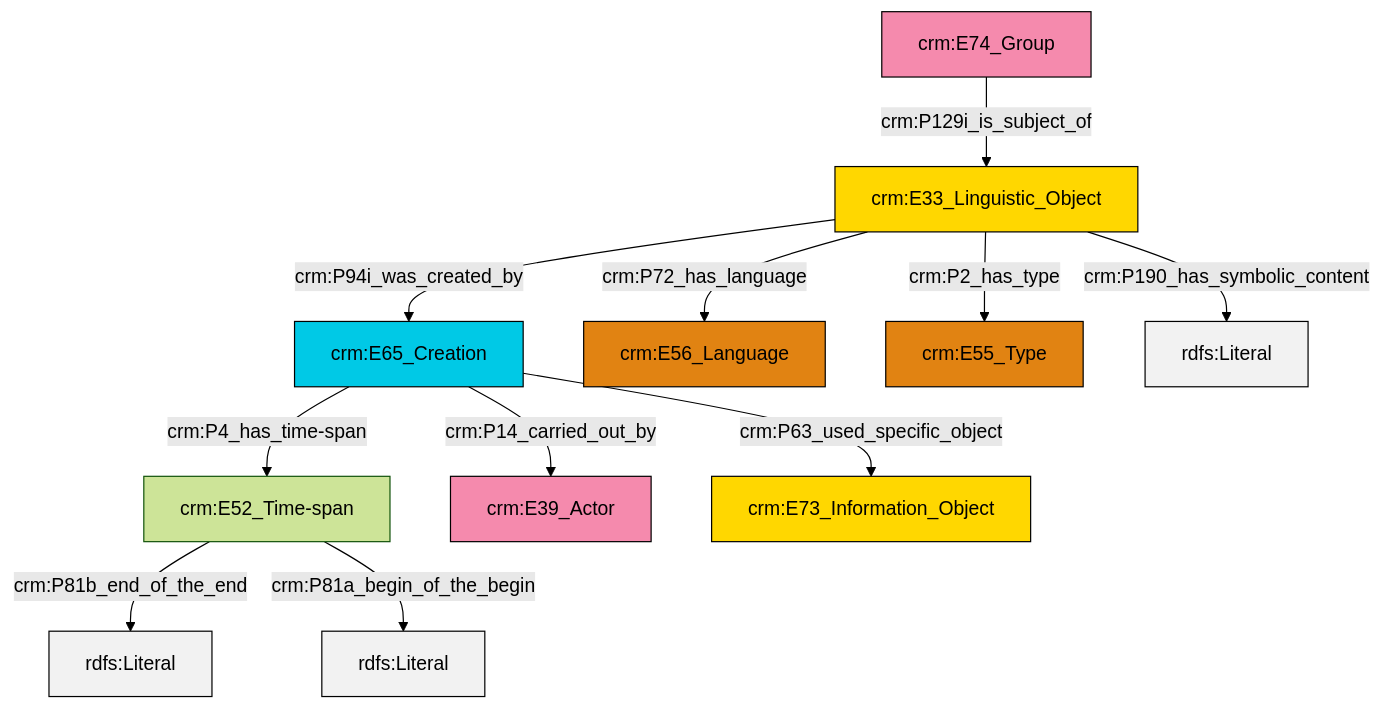
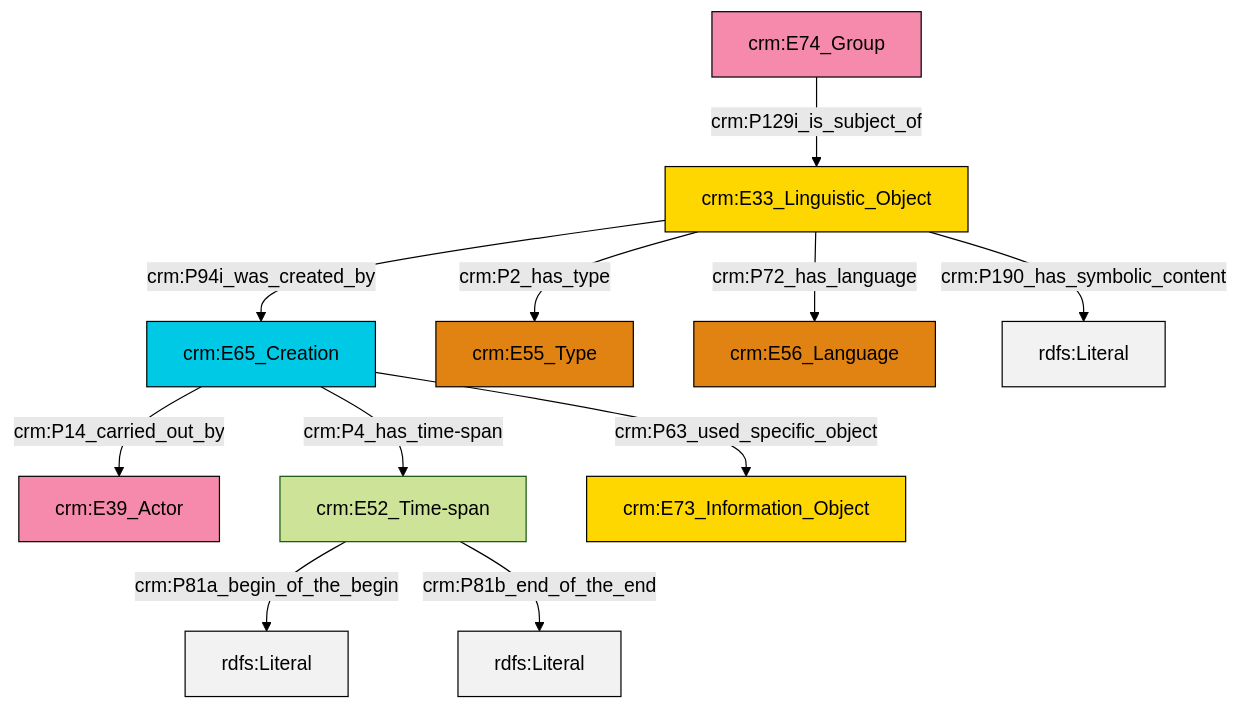
Before and after one commit to swiss-art-research-net/reference-data-models: the diagram in et/groupCSV/ttl/mmd/group_description.ttl.mmd, drawn with Mermaid (forest theme). The commit also changed 125 other files, not shown here.

```diff
--- a/et/groupCSV/ttl/mmd/group_description.ttl.mmd
+++ b/et/groupCSV/ttl/mmd/group_description.ttl.mmd
@@ -1,25 +1,25 @@
 graph TD
 classDef Literal fill:#f2f2f2,stroke:#000000;
 classDef CRM_Entity fill:#FFFFFF,stroke:#000000;
 classDef Temporal_Entity fill:#00C9E6, stroke:#000000;
 classDef Type fill:#E18312, stroke:#000000;
 classDef Time-Span fill:#2C9C91, stroke:#000000;
 classDef Appellation fill:#FFEB7F, stroke:#000000;
 classDef Place fill:#008836, stroke:#000000;
 classDef Persistent_Item fill:#B266B2, stroke:#000000;
 classDef Conceptual_Object fill:#FFD700, stroke:#000000;
 classDef Physical_Thing fill:#D2B48C, stroke:#000000;
 classDef Actor fill:#f58aad, stroke:#000000;
 classDef PC_Classes fill:#4ce600, stroke:#000000;
 classDef Multi fill:#cccccc,stroke:#000000;
 
-0["crm:E52_Time-span"]:::Default -->|crm:P81b_end_of_the_end| 1[rdfs:Literal]:::Literal
-2["crm:E65_Creation"]:::Temporal_Entity -->|crm:P4_has_time-span| 0["crm:E52_Time-span"]:::Default
-2["crm:E65_Creation"]:::Temporal_Entity -->|crm:P14_carried_out_by| 4["crm:E39_Actor"]:::Actor
-5["crm:E33_Linguistic_Object"]:::Conceptual_Object -->|crm:P72_has_language| 7["crm:E56_Language"]:::Type
-5["crm:E33_Linguistic_Object"]:::Conceptual_Object -->|crm:P2_has_type| 8["crm:E55_Type"]:::Type
-5["crm:E33_Linguistic_Object"]:::Conceptual_Object -->|crm:P190_has_symbolic_content| 12[rdfs:Literal]:::Literal
-0["crm:E52_Time-span"]:::Default -->|crm:P81a_begin_of_the_begin| 13[rdfs:Literal]:::Literal
-5["crm:E33_Linguistic_Object"]:::Conceptual_Object -->|crm:P94i_was_created_by| 2["crm:E65_Creation"]:::Temporal_Entity
-14["crm:E74_Group"]:::Actor -->|crm:P129i_is_subject_of| 5["crm:E33_Linguistic_Object"]:::Conceptual_Object
-2["crm:E65_Creation"]:::Temporal_Entity -->|crm:P63_used_specific_object| 9["crm:E73_Information_Object"]:::Conceptual_Object
+2["crm:E65_Creation"]:::Temporal_Entity -->|crm:P14_carried_out_by| 3["crm:E39_Actor"]:::Actor
+4["crm:E33_Linguistic_Object"]:::Conceptual_Object -->|crm:P94i_was_created_by| 2["crm:E65_Creation"]:::Temporal_Entity
+4["crm:E33_Linguistic_Object"]:::Conceptual_Object -->|crm:P2_has_type| 5["crm:E55_Type"]:::Type
+4["crm:E33_Linguistic_Object"]:::Conceptual_Object -->|crm:P72_has_language| 8["crm:E56_Language"]:::Type
+4["crm:E33_Linguistic_Object"]:::Conceptual_Object -->|crm:P190_has_symbolic_content| 9[rdfs:Literal]:::Literal
+11["crm:E52_Time-span"]:::Default -->|crm:P81a_begin_of_the_begin| 12[rdfs:Literal]:::Literal
+11["crm:E52_Time-span"]:::Default -->|crm:P81b_end_of_the_end| 15[rdfs:Literal]:::Literal
+0["crm:E74_Group"]:::Actor -->|crm:P129i_is_subject_of| 4["crm:E33_Linguistic_Object"]:::Conceptual_Object
+2["crm:E65_Creation"]:::Temporal_Entity -->|crm:P63_used_specific_object| 17["crm:E73_Information_Object"]:::Conceptual_Object
+2["crm:E65_Creation"]:::Temporal_Entity -->|crm:P4_has_time-span| 11["crm:E52_Time-span"]:::Default
```
